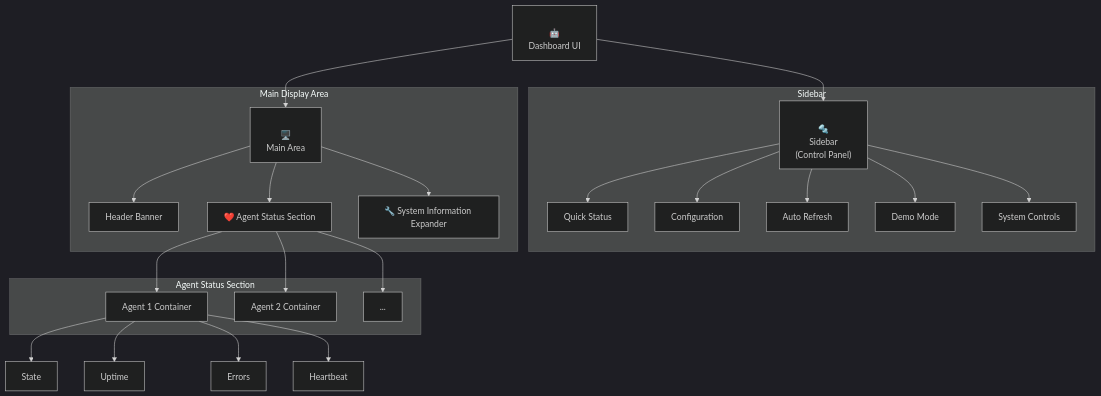
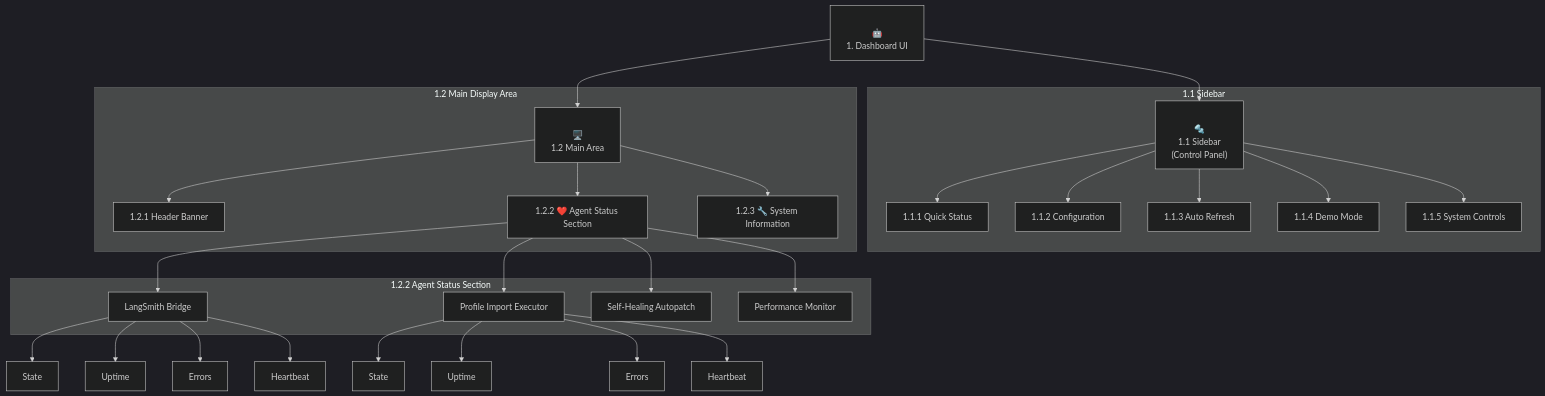
Before and after one commit to Kausiukas/System-Reference: the diagram in background_agents_dashboard_ui.md, drawn with Mermaid (dark theme). The commit also changed other lines of this file, not shown here.

````diff
--- a/background_agents_dashboard_ui.md
+++ b/background_agents_dashboard_ui.md
@@ -97,31 +97,36 @@
 ```mermaid
 graph TD
-    A["<br/>🤖<br/>Dashboard UI<br/>"] --> B["<br/>🔩<br/>Sidebar<br/>(Control Panel)<br/>"];
-    A --> C["<br/>🖥️<br/>Main Area<br/>"];
+    A1["<br/>🤖<br/>1. Dashboard UI<br/>"] --> B1["<br/>🔩<br/>1.1 Sidebar<br/>(Control Panel)<br/>"];
+    A1 --> C1["<br/>🖥️<br/>1.2 Main Area<br/>"];
 
-    subgraph Sidebar
-        B --> B1["Quick Status"];
-        B --> B2["Configuration"];
-        B --> B3["Auto Refresh"];
-        B --> B4["Demo Mode"];
-        B --> B5["System Controls"];
+    subgraph "1.1 Sidebar"
+        B1 --> B1.1["1.1.1 Quick Status"];
+        B1 --> B1.2["1.1.2 Configuration"];
+        B1 --> B1.3["1.1.3 Auto Refresh"];
+        B1 --> B1.4["1.1.4 Demo Mode"];
+        B1 --> B1.5["1.1.5 System Controls"];
     end
 
-    subgraph "Main Display Area"
-        C --> C1["Header Banner"];
-        C --> C2["❤️ Agent Status Section"];
-        C --> C3["🔧 System Information Expander"];
+    subgraph "1.2 Main Display Area"
+        C1 --> C1.1["1.2.1 Header Banner"];
+        C1 --> C1.2["1.2.2 ❤️ Agent Status Section"];
+        C1 --> C1.3["1.2.3 🔧 System Information"];
     end
 
-    subgraph "Agent Status Section"
-        C2 --> C2a["Agent 1 Container"];
-        C2 --> C2b["Agent 2 Container"];
-        C2 --> C2c["..."];
+    subgraph "1.2.2 Agent Status Section"
+        C1.2 --> D1["LangSmith Bridge"];
+        C1.2 --> D2["Profile Import Executor"];
+        C1.2 --> D3["Self-Healing Autopatch"];
+        C1.2 --> D4["Performance Monitor"];
     end
     
-    C2a --> C2a1["State"];
-    C2a --> C2a2["Uptime"];
-    C2a --> C2a3["Errors"];
-    C2a --> C2a4["Heartbeat"];
+    D1 --> D1.1["State"];
+    D1 --> D1.2["Uptime"];
+    D1 --> D1.3["Errors"];
+    D1 --> D1.4["Heartbeat"];
 
+    D2 --> D2.1["State"];
+    D2 --> D2.2["Uptime"];
+    D2 --> D2.3["Errors"];
+    D2 --> D2.4["Heartbeat"];
 ``` 
````
